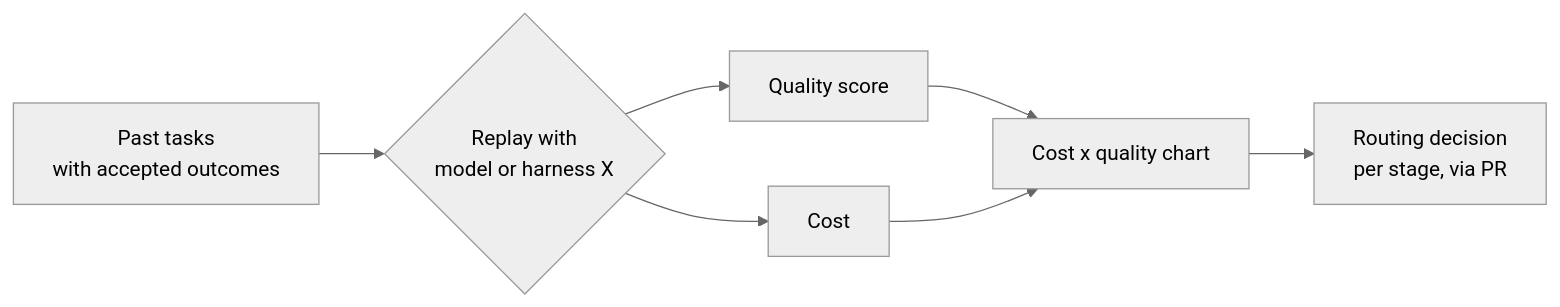
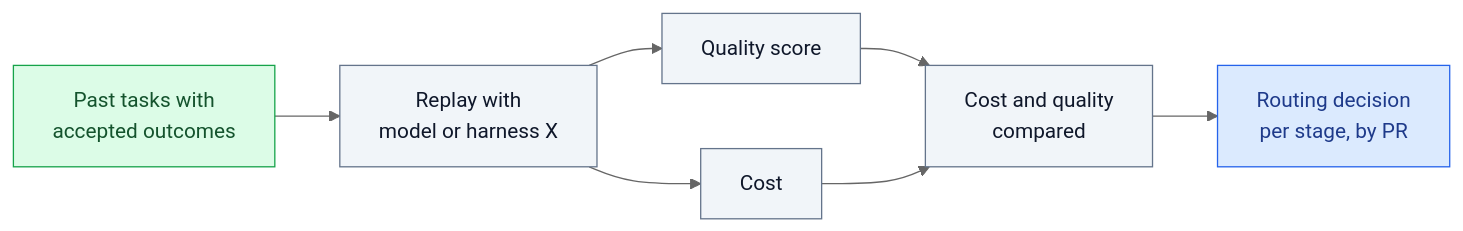
One commit to icelink-ai/software-factory-manifesto changed the diagram in docs/08-self-improvement/evals-and-benchmarks.md. Above: the diagram before and after it, drawn with Mermaid (neutral theme). The commit also changed other lines of this file and 73 other files, not shown here.

````diff
--- a/docs/08-self-improvement/evals-and-benchmarks.md
+++ b/docs/08-self-improvement/evals-and-benchmarks.md
@@ -26,8 +46,14 @@
 ```mermaid
 flowchart LR
-    TASKS["Past tasks<br/>with accepted outcomes"] --> REPLAY{"Replay with<br/>model or harness X"}
-    REPLAY --> Q[Quality score]
-    REPLAY --> C[Cost]
-    Q & C --> CHART["Cost x quality chart"]
-    CHART --> DEC["Routing decision<br/>per stage, via PR"]
+    TASKS["Past tasks with<br/>accepted outcomes"]:::state --> REPLAY["Replay with<br/>model or harness X"]:::script
+    REPLAY --> Q["Quality score"]:::script
+    REPLAY --> C["Cost"]:::script
+    Q --> CHART["Cost and quality<br/>compared"]:::script
+    C --> CHART
+    CHART --> DEC["Routing decision<br/>per stage, by PR"]:::person
+    classDef person fill:#dbeafe,stroke:#2563eb,color:#1e3a8a
+    classDef script fill:#f1f5f9,stroke:#64748b,color:#0f172a
+    classDef agent fill:#ede9fe,stroke:#7c3aed,color:#4c1d95
+    classDef state fill:#dcfce7,stroke:#16a34a,color:#14532d
+    classDef stop fill:#ffedd5,stroke:#ea580c,color:#7c2d12
 ```
````
